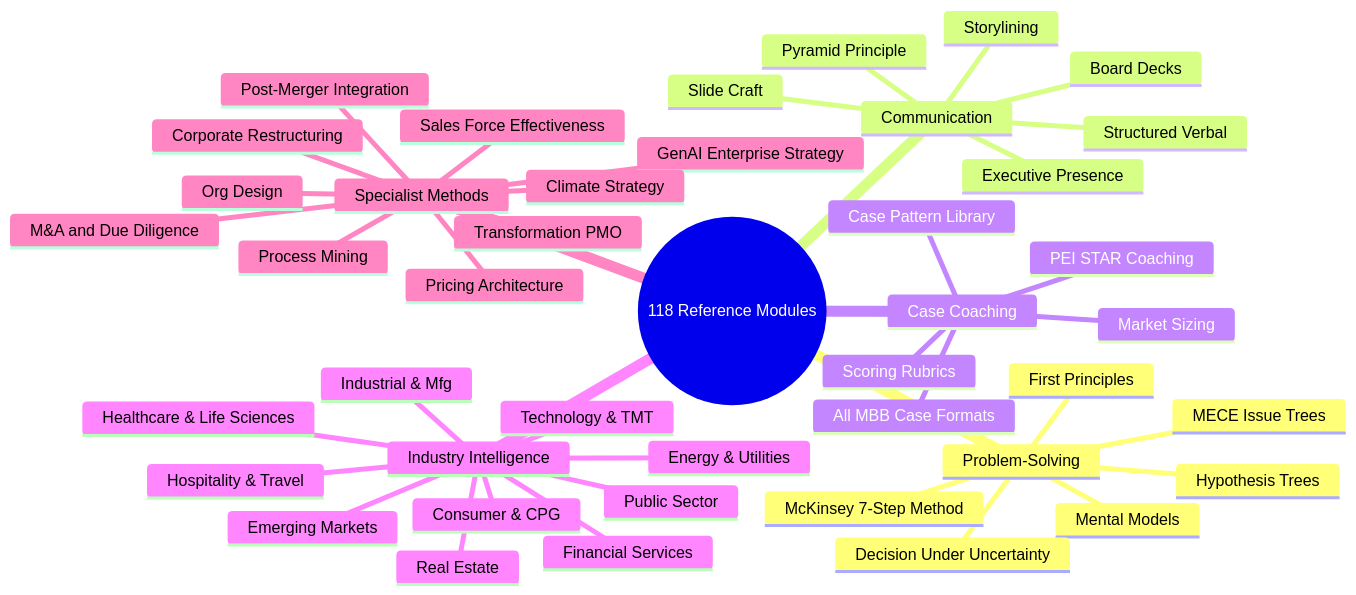
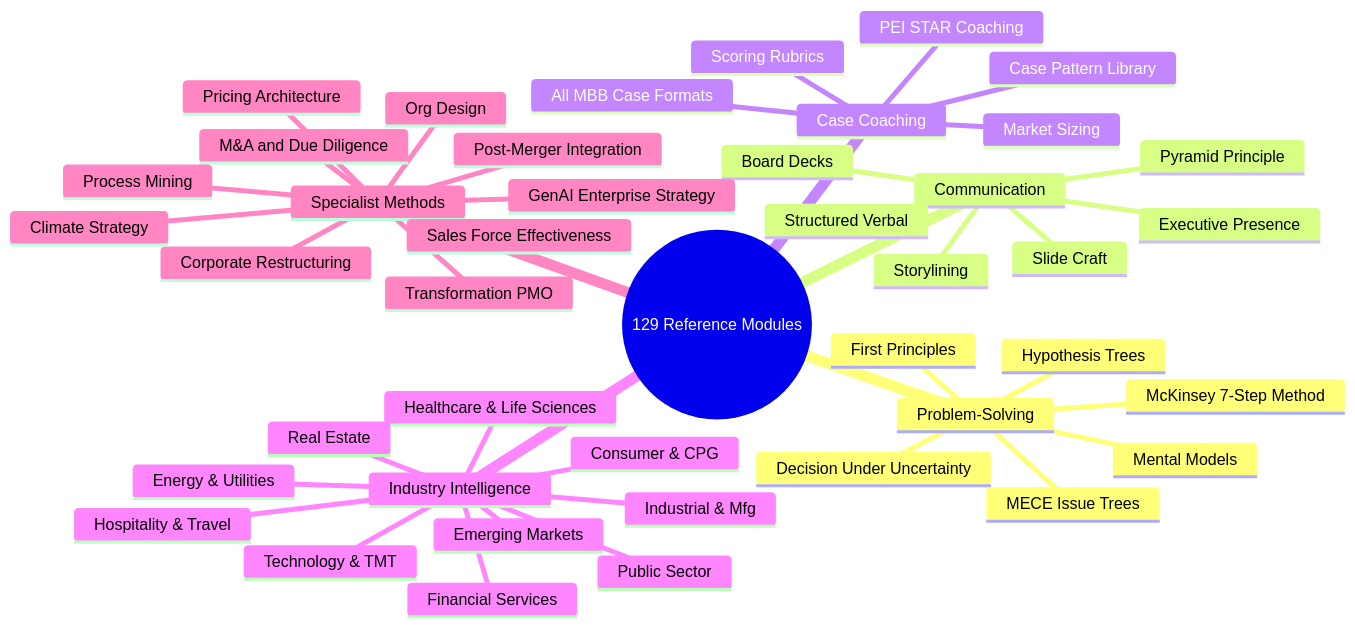
One commit to DogInfantry/claude-skill-management-consultant-B1 changed the second of 4 diagrams in README.md. Above: the diagram before and after it, drawn with Mermaid. The commit also changed other lines of this file and 5 other files, not shown here.

````diff
--- a/README.md
+++ b/README.md
@@ -57,46 +57,46 @@
 ```mermaid
 mindmap
-  root((118 Reference Modules))
+  root((129 Reference Modules))
     Problem-Solving
       MECE Issue Trees
       Hypothesis Trees
       First Principles
       Mental Models
       McKinsey 7-Step Method
       Decision Under Uncertainty
     Communication
       Pyramid Principle
       Storylining
       Slide Craft
       Executive Presence
       Structured Verbal
       Board Decks
     Case Coaching
       All MBB Case Formats
       Market Sizing
       Case Pattern Library
       PEI STAR Coaching
       Scoring Rubrics
     Industry Intelligence
       Healthcare & Life Sciences
       Financial Services
       Energy & Utilities
       Technology & TMT
       Consumer & CPG
       Industrial & Mfg
       Public Sector
       Real Estate
       Hospitality & Travel
       Emerging Markets
     Specialist Methods
       M&A and Due Diligence
       Post-Merger Integration
       Corporate Restructuring
       GenAI Enterprise Strategy
       Pricing Architecture
       Org Design
       Climate Strategy
       Transformation PMO
       Sales Force Effectiveness
       Process Mining
 ```
````
